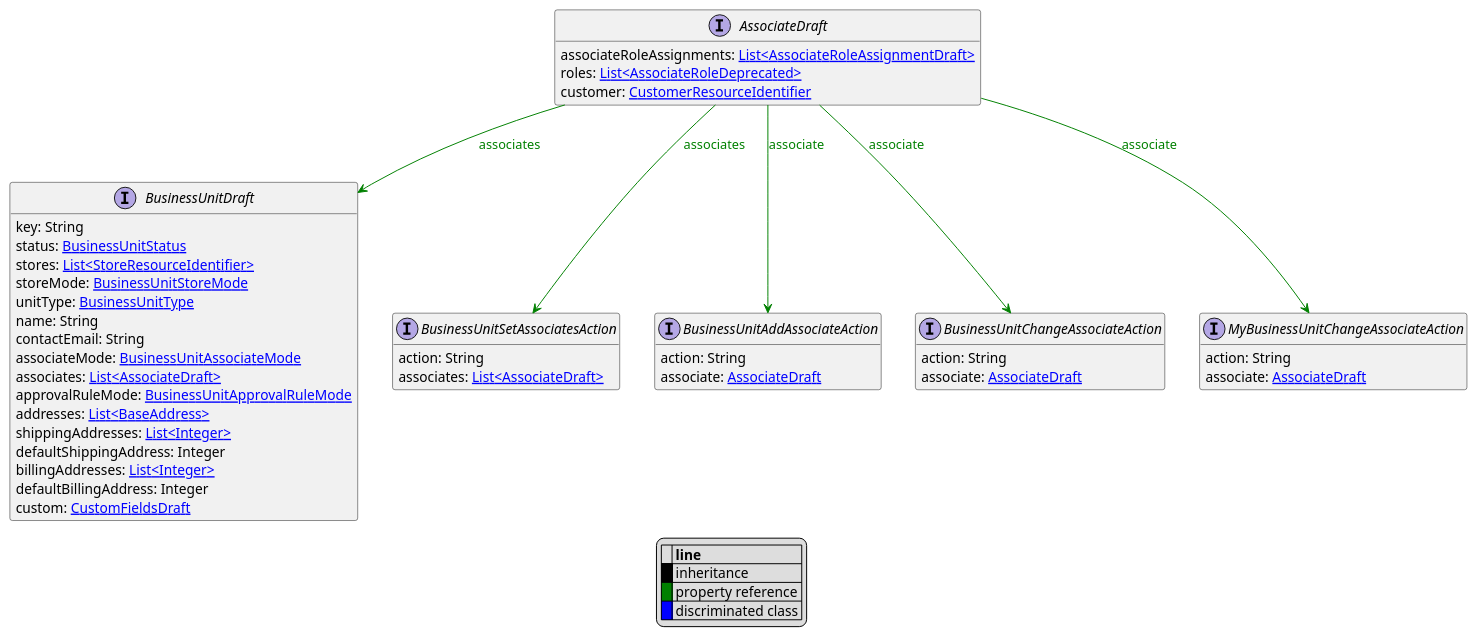
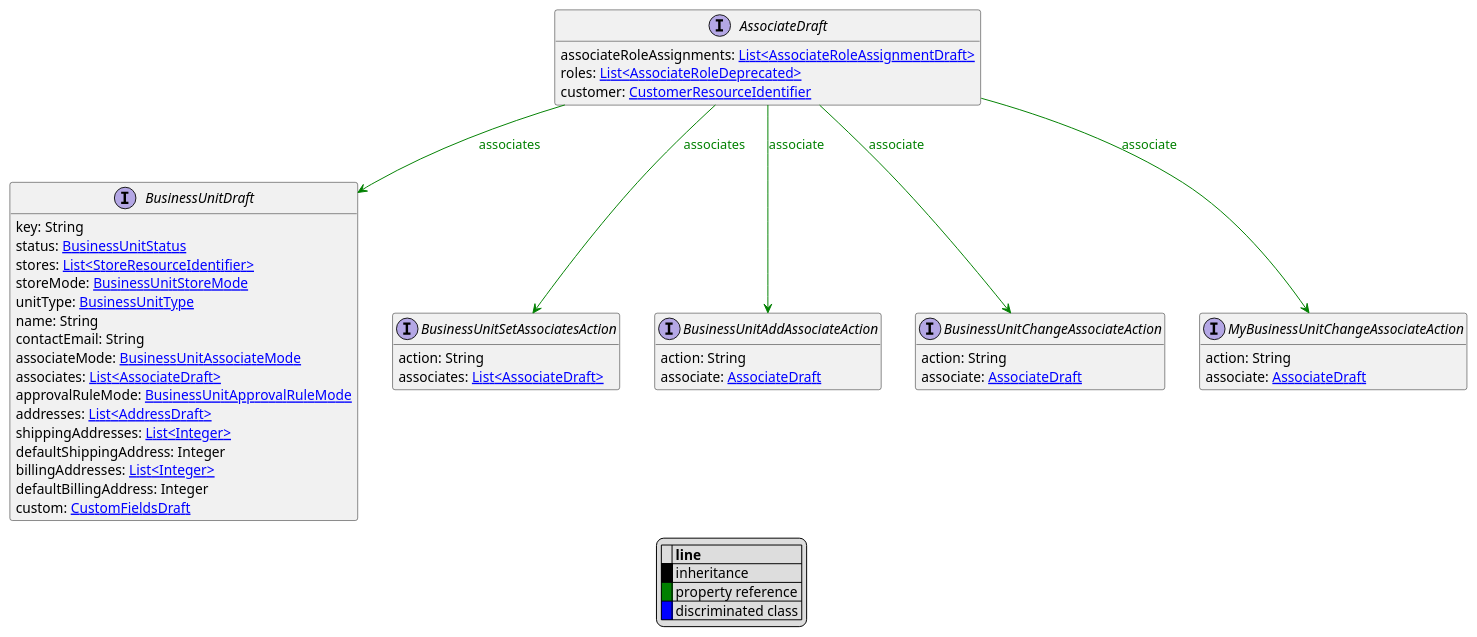
One commit to commercetools/commercetools-api-reference changed the diagram in uml/api/AssociateDraft.puml. Above: the diagram before and after it, drawn with PlantUML. The commit also changed 204 other files, not shown here.

```diff
--- a/uml/api/AssociateDraft.puml
+++ b/uml/api/AssociateDraft.puml
@@ -1,59 +1,59 @@
 @startuml
 
 hide empty fields
 hide empty methods
 legend
 |= |= line |
 |<back:black>   </back>| inheritance |
 |<back:green>   </back>| property reference |
 |<back:blue>   </back>| discriminated class |
 endlegend
 interface AssociateDraft [[AssociateDraft.svg]]  {
     associateRoleAssignments: [[AssociateRoleAssignmentDraft.svg List<AssociateRoleAssignmentDraft>]]
     roles: [[AssociateRoleDeprecated.svg List<AssociateRoleDeprecated>]]
     customer: [[CustomerResourceIdentifier.svg CustomerResourceIdentifier]]
 }
 
 
 
 interface BusinessUnitDraft [[BusinessUnitDraft.svg]]  {
     key: String
     status: [[BusinessUnitStatus.svg BusinessUnitStatus]]
     stores: [[StoreResourceIdentifier.svg List<StoreResourceIdentifier>]]
     storeMode: [[BusinessUnitStoreMode.svg BusinessUnitStoreMode]]
     unitType: [[BusinessUnitType.svg BusinessUnitType]]
     name: String
     contactEmail: String
     associateMode: [[BusinessUnitAssociateMode.svg BusinessUnitAssociateMode]]
     associates: [[AssociateDraft.svg List<AssociateDraft>]]
     approvalRuleMode: [[BusinessUnitApprovalRuleMode.svg BusinessUnitApprovalRuleMode]]
-    addresses: [[BaseAddress.svg List<BaseAddress>]]
+    addresses: [[AddressDraft.svg List<AddressDraft>]]
     shippingAddresses: [[Integer.svg List<Integer>]]
     defaultShippingAddress: Integer
     billingAddresses: [[Integer.svg List<Integer>]]
     defaultBillingAddress: Integer
     custom: [[CustomFieldsDraft.svg CustomFieldsDraft]]
 }
 interface BusinessUnitSetAssociatesAction [[BusinessUnitSetAssociatesAction.svg]]  {
     action: String
     associates: [[AssociateDraft.svg List<AssociateDraft>]]
 }
 interface BusinessUnitAddAssociateAction [[BusinessUnitAddAssociateAction.svg]]  {
     action: String
     associate: [[AssociateDraft.svg AssociateDraft]]
 }
 interface BusinessUnitChangeAssociateAction [[BusinessUnitChangeAssociateAction.svg]]  {
     action: String
     associate: [[AssociateDraft.svg AssociateDraft]]
 }
 interface MyBusinessUnitChangeAssociateAction [[MyBusinessUnitChangeAssociateAction.svg]]  {
     action: String
     associate: [[AssociateDraft.svg AssociateDraft]]
 }
 
 AssociateDraft --> BusinessUnitDraft #green;text:green : "associates"
 AssociateDraft --> BusinessUnitSetAssociatesAction #green;text:green : "associates"
 AssociateDraft --> BusinessUnitAddAssociateAction #green;text:green : "associate"
 AssociateDraft --> BusinessUnitChangeAssociateAction #green;text:green : "associate"
 AssociateDraft --> MyBusinessUnitChangeAssociateAction #green;text:green : "associate"
 @enduml
```
